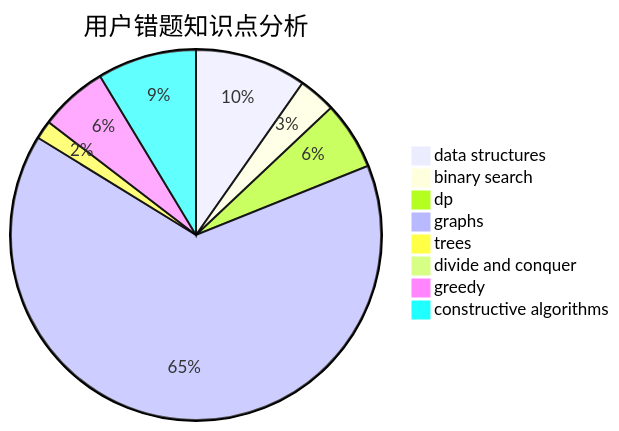
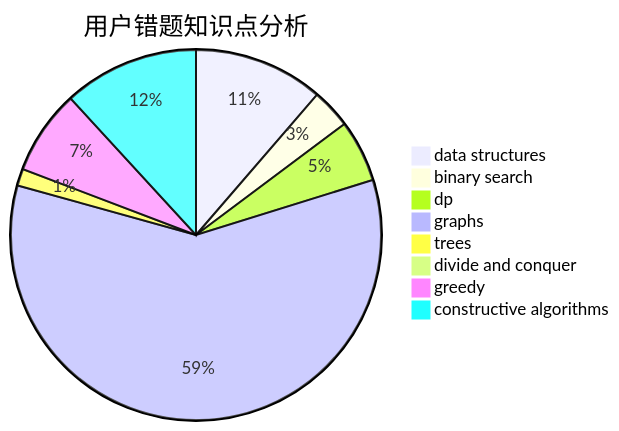
One commit to sherpahu/cfrs.github.io changed the third of 3 diagrams in docs/user/u1572.md. Above: the diagram before and after it, drawn with Mermaid. The commit also changed other lines of this file and 2770 other files, not shown here.

````diff
--- a/docs/user/u1572.md
+++ b/docs/user/u1572.md
@@ -36,11 +36,11 @@
 ```mermaid
 pie title 用户错题知识点分析
-    "data structures" :  18
-    "binary search" :  6
+    "data structures" :  23
+    "binary search" :  7
     "dp" :  11
     "graphs" :  120
     "trees" :  3
     "divide and conquer" :  0
-    "greedy" :  11
-    "constructive algorithms" :  16
+    "greedy" :  15
+    "constructive algorithms" :  24
 ```
````
